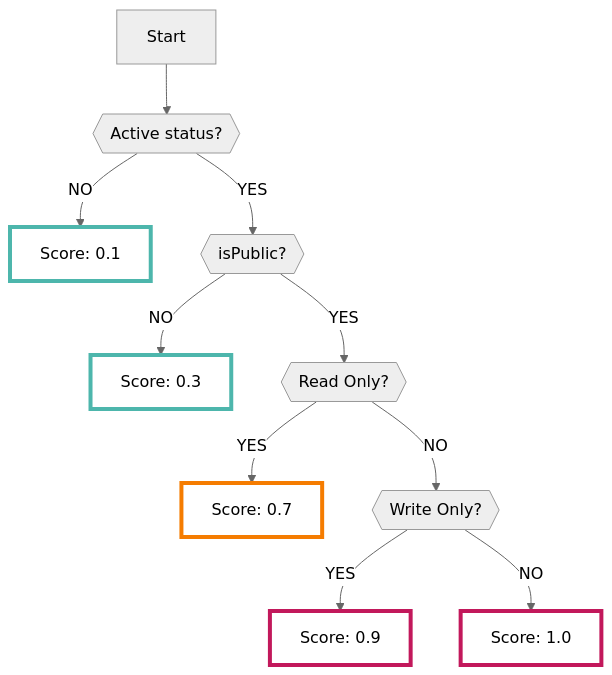
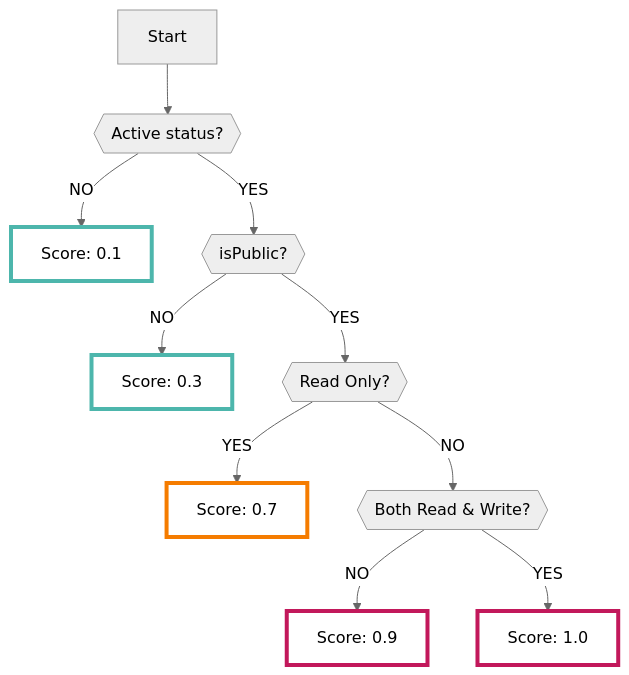
One commit to ca-risken/doc changed the diagram in docs/aws/accessanalyzer.en.md. Above: the diagram before and after it, drawn with Mermaid (neutral theme). The commit also changed 1 other file, not shown here.

Commit message:
fix: access analyzer

````diff
--- a/docs/aws/accessanalyzer.en.md
+++ b/docs/aws/accessanalyzer.en.md
@@ -33,15 +33,15 @@
 ```mermaid
 graph TD
     A[Start] --> B{{Active status?}};
     B -->|NO| C[Score: 0.1]:::low;
     B -->|YES| D{{isPublic?}};
     D -->|NO| E[Score: 0.3]:::low;
     D -->|YES| F{{Read Only?}};
     F -->|YES| G[Score: 0.7]:::mid;
-    F -->|NO| H{{Write Only?}};
-    H -->|YES| I[Score: 0.9]:::high;
-    H -->|NO| J[Score: 1.0]:::high;
+    F -->|NO| H{{Both Read & Write?}};
+    H -->|NO| I[Score: 0.9]:::high;
+    H -->|YES| J[Score: 1.0]:::high;
     classDef high fill:#FFFFFF,stroke:#C2185B,stroke-width:4px;
     classDef mid fill:#FFFFFF,stroke:#F57C00,stroke-width:4px;
     classDef low fill:#FFFFFF,stroke:#4DB6AC,stroke-width:4px;
 ```
````
